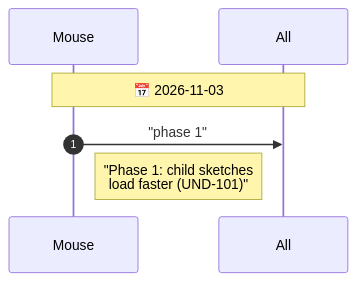
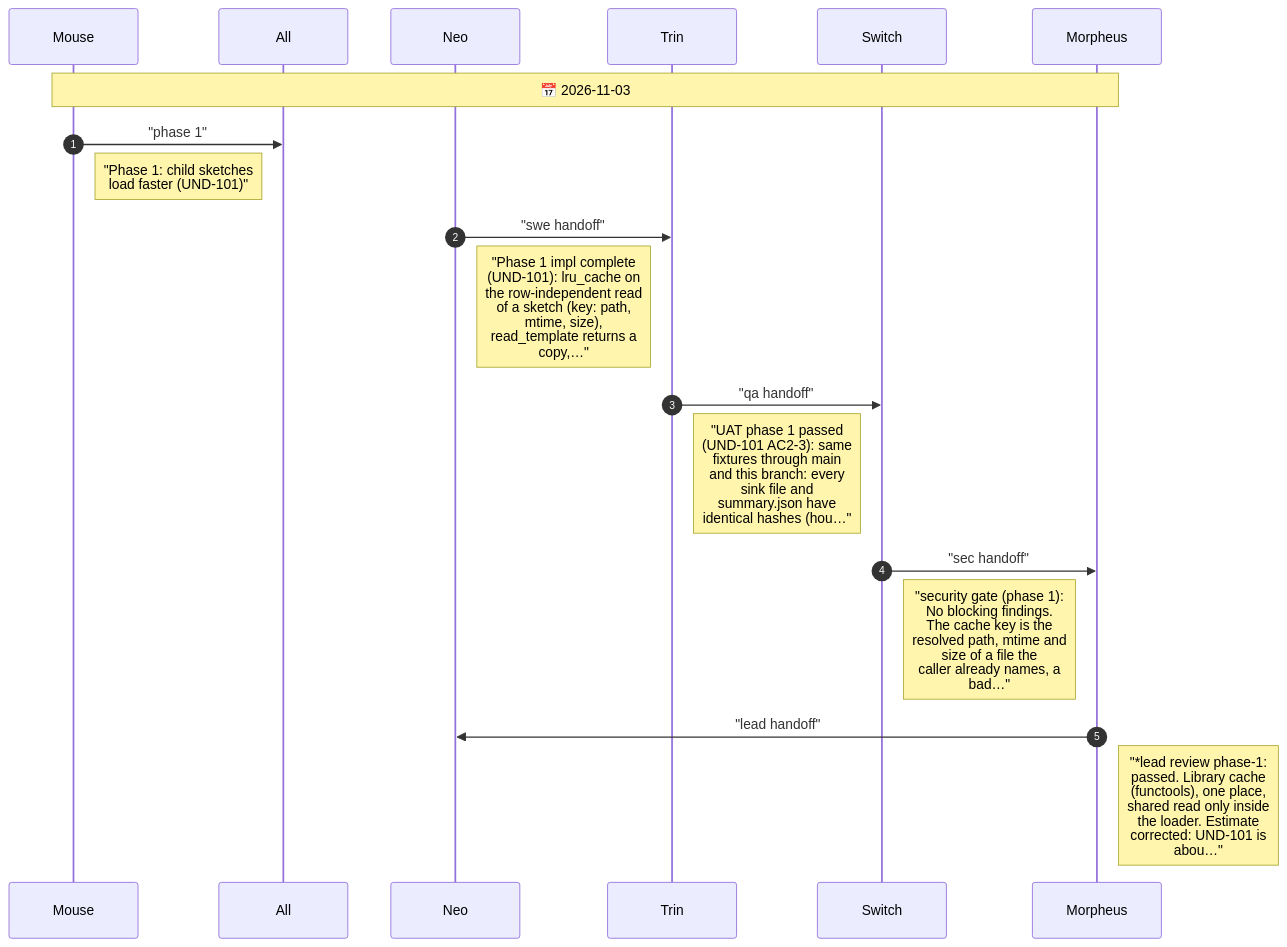
Diagram 30 of 30 in agents/CHAT.diagram.md (drusifer/understudy), drawn with Mermaid before and after one commit. The commit also changed other lines of this file and 4 other files, not shown here.

First line of the commit message:
Phase 1: child sketches load faster (UND-101)

````diff
--- a/agents/CHAT.diagram.md
+++ b/agents/CHAT.diagram.md
@@ -1216,10 +1216,22 @@
 ```mermaid
 %%{init: {"sequence": {"messageFontSize": 14, "noteFontSize": 18, "actorFontSize": 14}}}%%
 sequenceDiagram
     autonumber
     participant Mouse
     participant All
-    Note over Mouse,All: 📅 2026-11-03
+    participant Neo
+    participant Trin
+    participant Switch
+    participant Morpheus
+    Note over Mouse,Morpheus: 📅 2026-11-03
     Mouse->>All: "phase 1"
     Note right of Mouse: "Phase 1: child sketches<br/>load faster (UND-101)"
+    Neo->>Trin: "swe handoff"
+    Note right of Neo: "Phase 1 impl complete<br/>(UND-101): lru_cache on<br/>the row-independent read<br/>of a sketch (key: path,<br/>mtime, size),<br/>read_template returns a<br/>copy,…"
+    Trin->>Switch: "qa handoff"
+    Note right of Trin: "UAT phase 1 passed<br/>(UND-101 AC2-3): same<br/>fixtures through main<br/>and this branch: every<br/>sink file and<br/>summary.json have<br/>identical hashes (hou…"
+    Switch->>Morpheus: "sec handoff"
+    Note right of Switch: "security gate (phase 1):<br/>No blocking findings.<br/>The cache key is the<br/>resolved path, mtime and<br/>size of a file the<br/>caller already names, a<br/>bad…"
+    Morpheus->>Neo: "lead handoff"
+    Note right of Morpheus: "*lead review phase-1:<br/>passed. Library cache<br/>(functools), one place,<br/>shared read only inside<br/>the loader. Estimate<br/>corrected: UND-101 is<br/>abou…"
 ```
````
